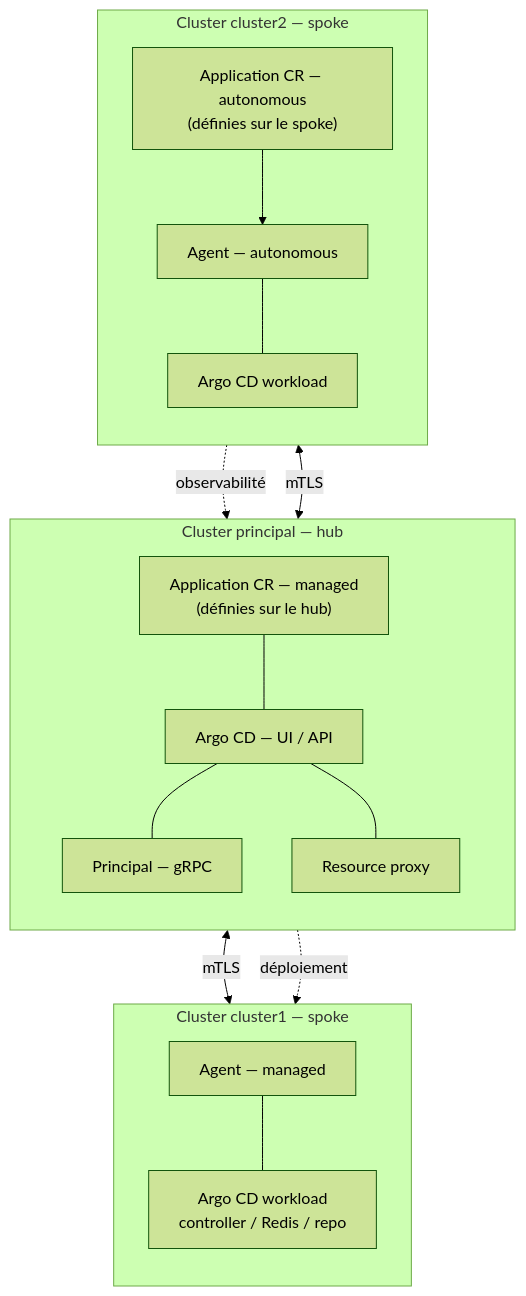
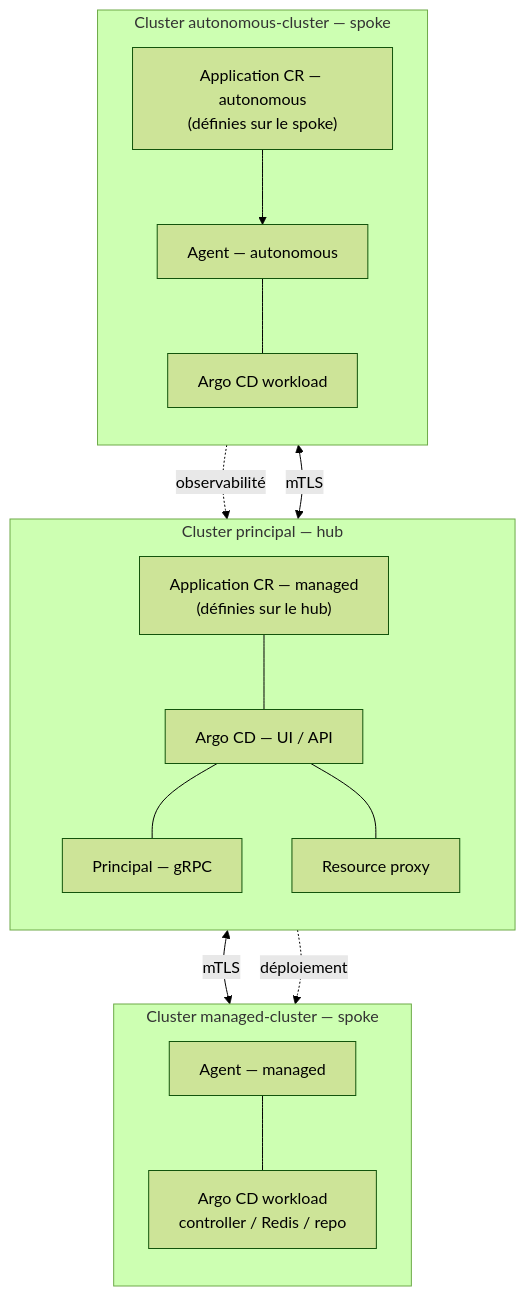
Before and after one commit to dwojciec/argocd-agent-pov: the first of 2 diagrams in Etape-par-etape.md, drawn with Mermaid (forest theme). The commit also changed other lines of this file and 55 other files, not shown here.

````diff
--- a/Etape-par-etape.md
+++ b/Etape-par-etape.md
@@ -44,34 +44,34 @@
 ```mermaid
 flowchart TB
   subgraph HUB["Cluster principal — hub"]
     direction TB
     UI["Argo CD — UI / API"]
     PR["Principal — gRPC"]
     RP["Resource proxy"]
     MCR["Application CR — managed<br/>(définies sur le hub)"]
     UI --- PR
     UI --- RP
     MCR --- UI
   end
 
-  subgraph S1["Cluster cluster1 — spoke"]
+  subgraph S1["Cluster managed-cluster — spoke"]
     direction TB
     AM["Agent — managed"]
     W1["Argo CD workload<br/>controller / Redis / repo"]
     AM --- W1
   end
 
-  subgraph S2["Cluster cluster2 — spoke"]
+  subgraph S2["Cluster autonomous-cluster — spoke"]
     direction TB
     ACR["Application CR — autonomous<br/>(définies sur le spoke)"]
     AA["Agent — autonomous"]
     W2["Argo CD workload"]
     ACR --> AA
     AA --- W2
   end
 
   PR <-->|mTLS| AM
   PR <-->|mTLS| AA
   MCR -.->|déploiement| AM
   ACR -.->|observabilité| UI
 ```
````
